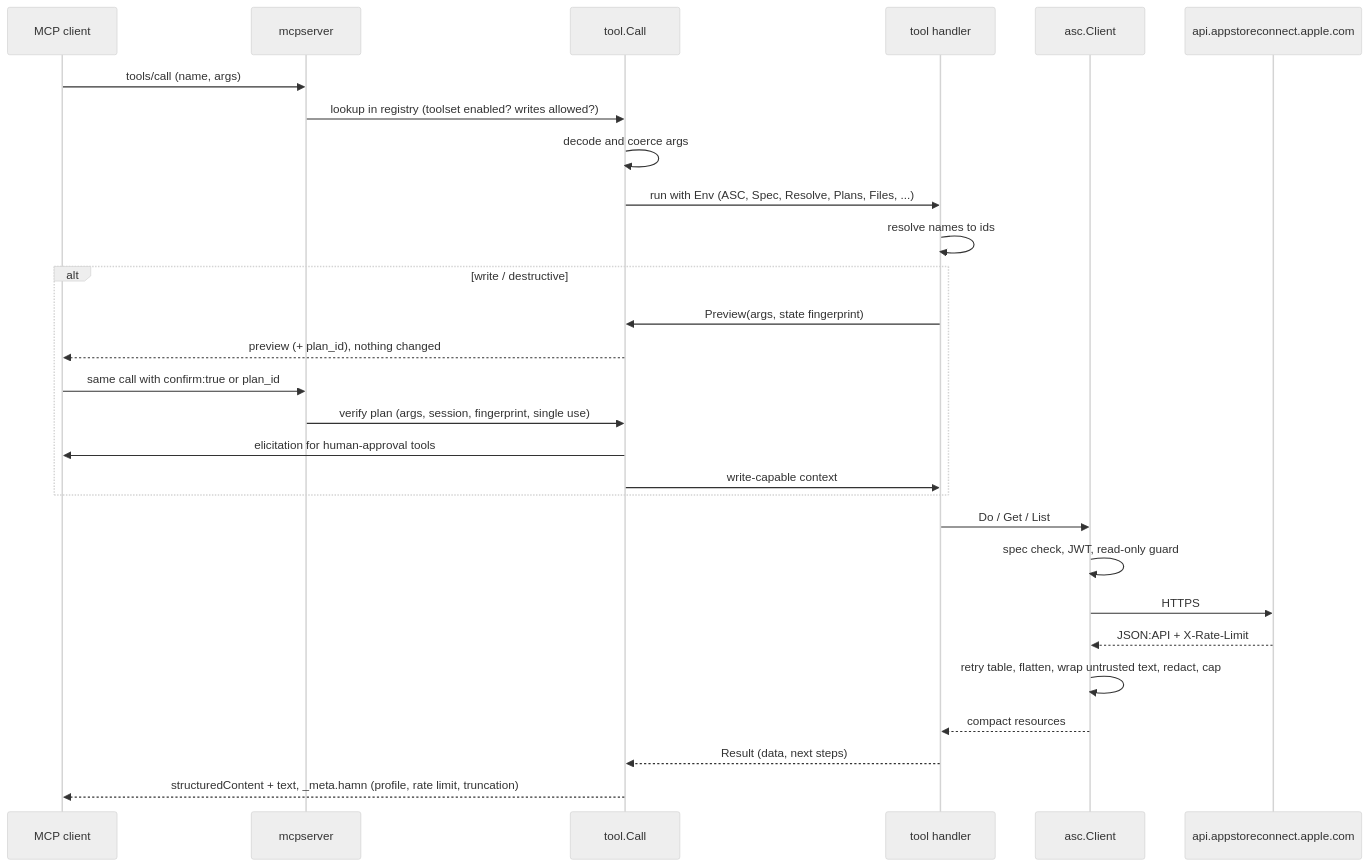
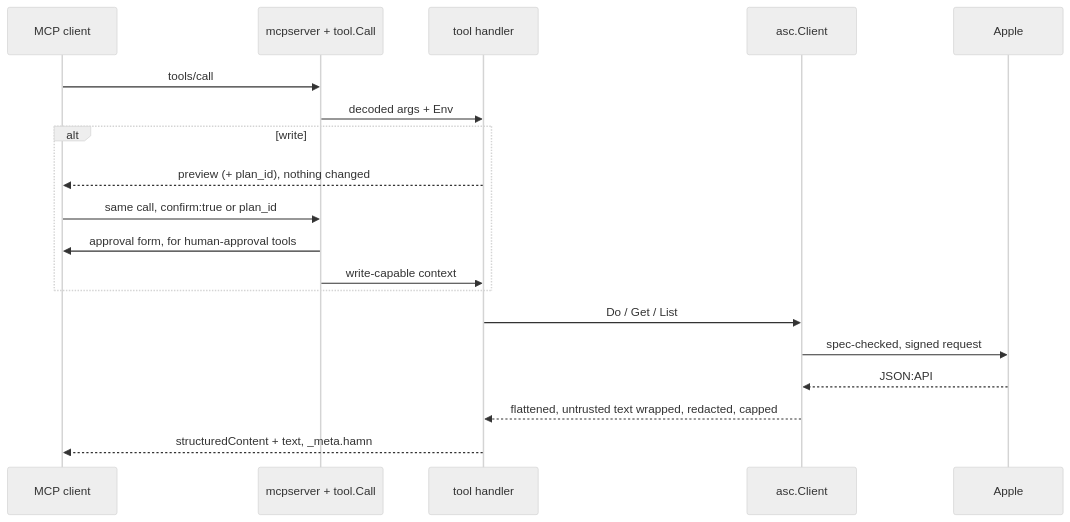
One commit to idoo/app-store-connect-mcp changed the diagram in docs/ARCHITECTURE.md. Above: the diagram before and after it, drawn with Mermaid (neutral theme). The commit also changed other lines of this file and 17 other files, not shown here.

````diff
--- a/docs/ARCHITECTURE.md
+++ b/docs/ARCHITECTURE.md
@@ -35,31 +25,22 @@
 ```mermaid
 sequenceDiagram
     participant C as MCP client
-    participant S as mcpserver
-    participant T as tool.Call
+    participant T as mcpserver + tool.Call
     participant H as tool handler
     participant A as asc.Client
-    participant Apple as api.appstoreconnect.apple.com
+    participant Apple
 
-    C->>S: tools/call (name, args)
-    S->>T: lookup in registry (toolset enabled? writes allowed?)
-    T->>T: decode and coerce args
-    T->>H: run with Env (ASC, Spec, Resolve, Plans, Files, ...)
-    H->>H: resolve names to ids
-    alt write / destructive
-        H->>T: Preview(args, state fingerprint)
-        T-->>C: preview (+ plan_id), nothing changed
-        C->>S: same call with confirm:true or plan_id
-        S->>T: verify plan (args, session, fingerprint, single use)
-        T->>C: elicitation for human-approval tools
+    C->>T: tools/call
+    T->>H: decoded args + Env
+    alt write
+        H-->>C: preview (+ plan_id), nothing changed
+        C->>T: same call, confirm:true or plan_id
+        T->>C: approval form, for human-approval tools
         T->>H: write-capable context
     end
     H->>A: Do / Get / List
-    A->>A: spec check, JWT, read-only guard
-    A->>Apple: HTTPS
-    Apple-->>A: JSON:API + X-Rate-Limit
-    A->>A: retry table, flatten, wrap untrusted text, redact, cap
-    A-->>H: compact resources
-    H-->>T: Result (data, next steps)
-    T-->>C: structuredContent + text, _meta.hamn (profile, rate limit, truncation)
+    A->>Apple: spec-checked, signed request
+    Apple-->>A: JSON:API
+    A-->>H: flattened, untrusted text wrapped, redacted, capped
+    H-->>C: structuredContent + text, _meta.hamn
 ```
````
